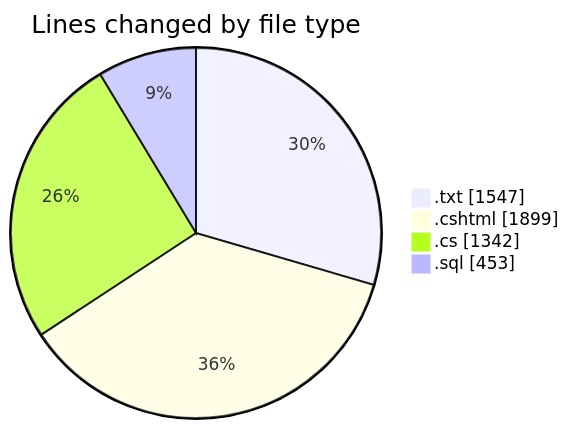
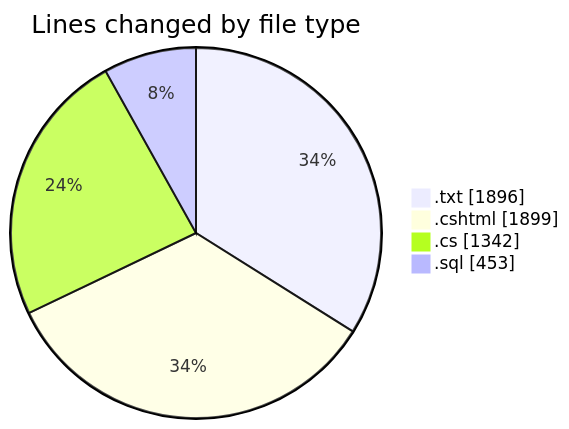
Before and after one commit to lephambinh05/code-tracking: the first of 2 diagrams in 2025-07-25/quanlyrapchieuphim-1/README.md, drawn with Mermaid. The commit also changed other lines of this file and 1 other file, not shown here.

````diff
--- a/2025-07-25/quanlyrapchieuphim-1/README.md
+++ b/2025-07-25/quanlyrapchieuphim-1/README.md
@@ -25,8 +25,8 @@
 ```mermaid
 pie showData
 title Lines changed by file type
-".txt" : 1547
+".txt" : 1896
 ".cshtml" : 1899
 ".cs" : 1342
 ".sql" : 453
 ```
````
